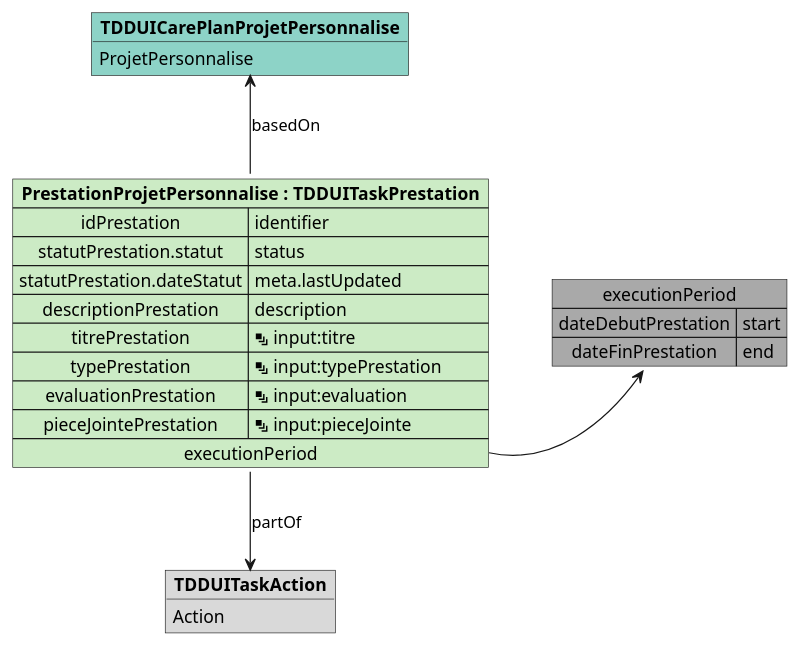
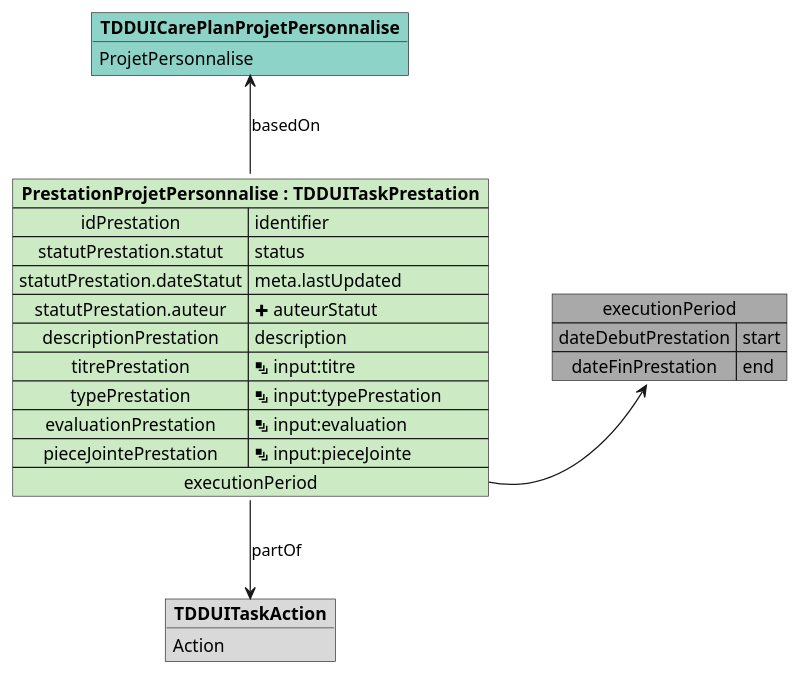
One commit to ansforge/IG-fhir-medicosocial-transfert-donnees-dui changed the diagram in input/images-source/mapping_TDDUITaskPrestation.plantuml. Above: the diagram before and after it, drawn with PlantUML. The commit also changed 9 other files, not shown here.

Commit message:
add auteurStatut

```diff
--- a/input/images-source/mapping_TDDUITaskPrestation.plantuml
+++ b/input/images-source/mapping_TDDUITaskPrestation.plantuml
@@ -1,31 +1,32 @@
 @startuml
 
 map "executionPeriod" as executionPeriod #DarkGray {
     dateDebutPrestation => start
     dateFinPrestation => end
 }
 
 object "**TDDUICarePlanProjetPersonnalise**" as TDDUICarePlanProjetPersonnalise_basedOn #8dd3c7 {
     ProjetPersonnalise
 }
 
 object "**TDDUITaskAction**" as TDDUITaskAction_partOf #d9d9d9 {
     Action
 }
 
 map "**PrestationProjetPersonnalise : TDDUITaskPrestation**" as PrestationProjetPersonnalise #ccebc5 {
     idPrestation => identifier
     statutPrestation.statut => status
     statutPrestation.dateStatut => meta.lastUpdated
+    statutPrestation.auteur => <&plus> auteurStatut
     descriptionPrestation => description
     titrePrestation => <&layers> input:titre
     typePrestation => <&layers> input:typePrestation
     evaluationPrestation => <&layers> input:evaluation
     pieceJointePrestation => <&layers> input:pieceJointe
     executionPeriod *-> executionPeriod
 }
 
 PrestationProjetPersonnalise -u-> TDDUICarePlanProjetPersonnalise_basedOn : basedOn
 PrestationProjetPersonnalise -d-> TDDUITaskAction_partOf : partOf
 
 @enduml
```
